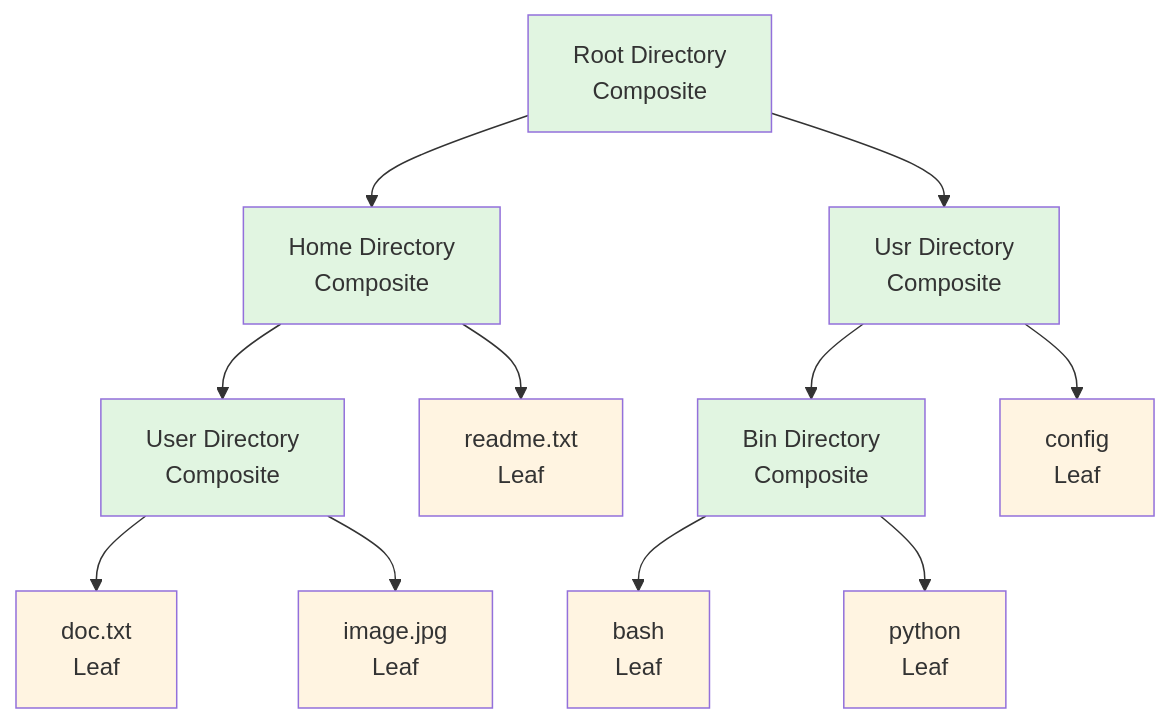
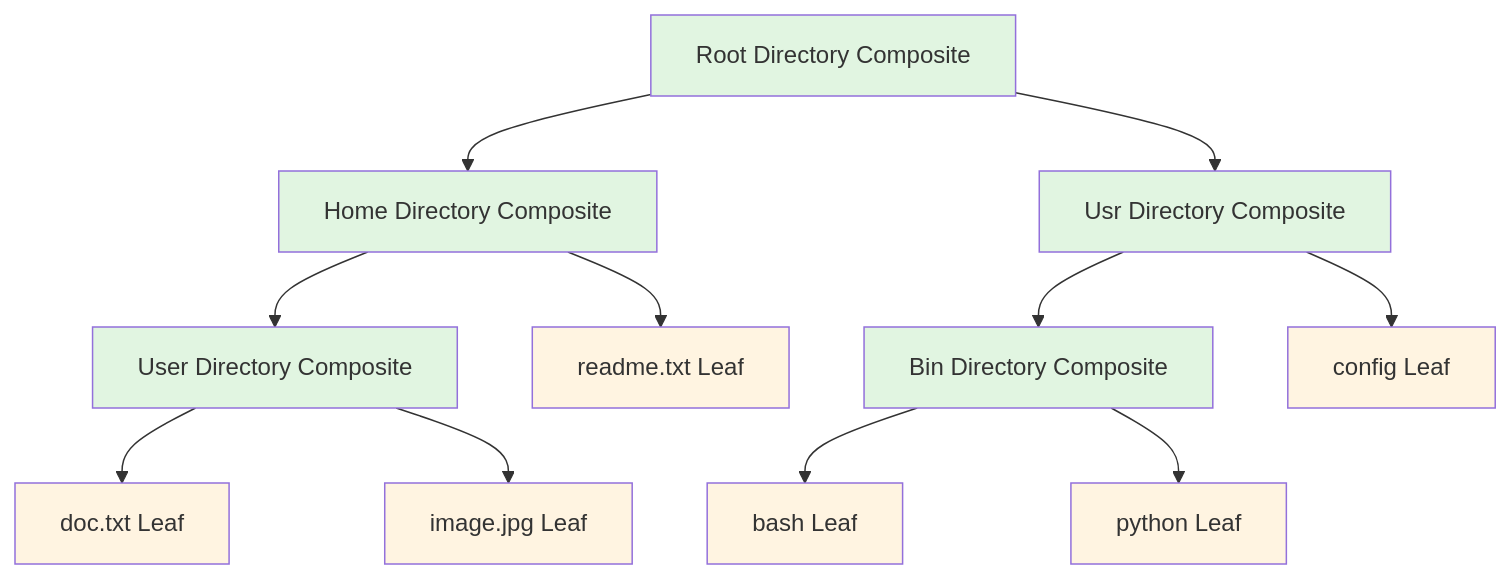
Diagram 28 of 55 in chapters/cap13-design-patterns-diag.md (Brebu/Quizz), drawn with Mermaid before and after one commit. The commit also changed other lines of this file and 1 other file, not shown here.

````diff
--- a/chapters/cap13-design-patterns-diag.md
+++ b/chapters/cap13-design-patterns-diag.md
@@ -878,31 +878,31 @@
 ```mermaid
 graph TB
-    Root[Root Directory<br/>Composite]
+    Root[Root Directory Composite]
     
-    Root --> Home[Home Directory<br/>Composite]
-    Root --> Usr[Usr Directory<br/>Composite]
+    Root --> Home[Home Directory Composite]
+    Root --> Usr[Usr Directory Composite]
     
-    Home --> User[User Directory<br/>Composite]
-    Home --> FileA[readme.txt<br/>Leaf]
+    Home --> User[User Directory Composite]
+    Home --> FileA[readme.txt Leaf]
     
-    User --> FileB[doc.txt<br/>Leaf]
-    User --> FileC[image.jpg<br/>Leaf]
+    User --> FileB[doc.txt Leaf]
+    User --> FileC[image.jpg Leaf]
     
-    Usr --> Bin[Bin Directory<br/>Composite]
-    Usr --> FileD[config<br/>Leaf]
+    Usr --> Bin[Bin Directory Composite]
+    Usr --> FileD[config Leaf]
     
-    Bin --> FileE[bash<br/>Leaf]
-    Bin --> FileF[python<br/>Leaf]
+    Bin --> FileE[bash Leaf]
+    Bin --> FileF[python Leaf]
     
     style Root fill:#e1f5e1
     style Home fill:#e1f5e1
     style User fill:#e1f5e1
     style Usr fill:#e1f5e1
     style Bin fill:#e1f5e1
     style FileA fill:#fff4e1
     style FileB fill:#fff4e1
     style FileC fill:#fff4e1
     style FileD fill:#fff4e1
     style FileE fill:#fff4e1
     style FileF fill:#fff4e1
 ```
````
